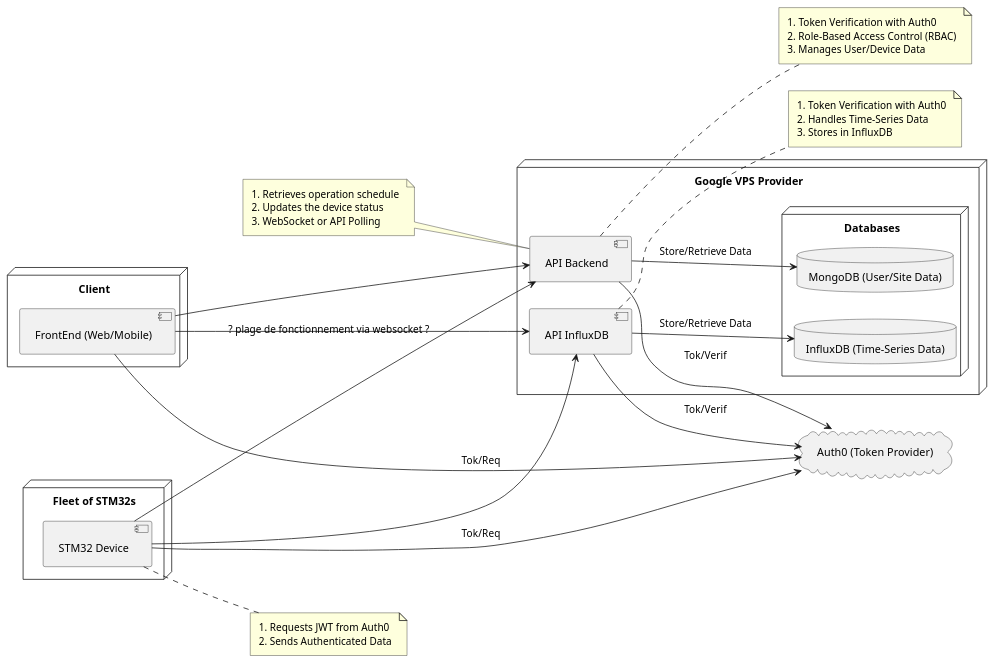
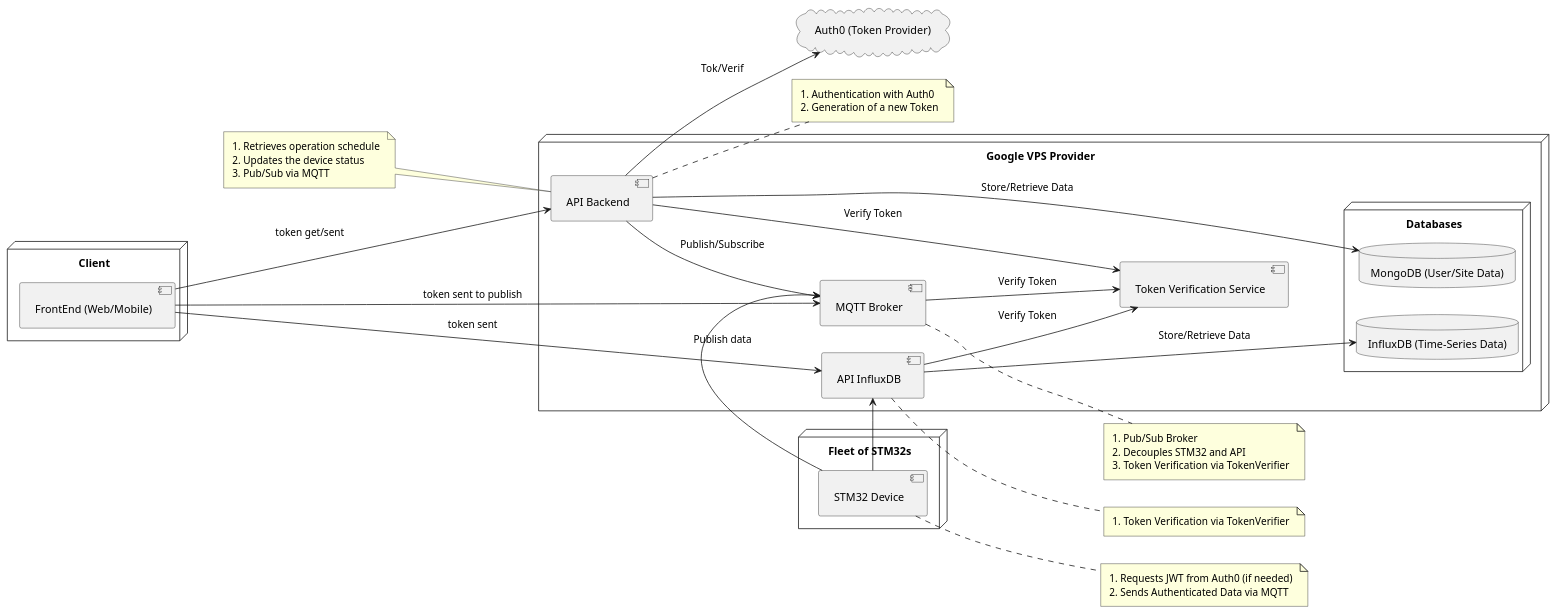
Before and after one commit to Flamware/CapIot.api: the diagram in architecture.puml, drawn with PlantUML. The commit also changed 1 other file, not shown here.

Commit message:
feat: Implement JWT validation and update architecture diagram
This commit introduces JWT validation functionality in the `auth` package and updates the architecture diagram to reflect the new token verification service and communication flows.

- Implemented `ValidateJWT` function in `auth/auth.go` to validate JWT tokens using a secret key from the environment variables.
- Updated `architecture.puml` to include a "Token Verification Service" component and adjust communication flows to reflect token verification at various points (API Backend, API InfluxDB, MQTT Broker).
- Modified communication flow between FE and Backends to show explicit token sending.
- Updated notes on components to reflect the token verification process and new Pub/Sub communication via MQTT.

```diff
--- a/architecture.puml
+++ b/architecture.puml
@@ -1,78 +1,88 @@
 @startuml
 ' Set left to right direction for overall layout
 left to right direction
 
 skinparam componentStyle uml2
 skinparam nodePadding 20
 skinparam componentPadding 5
 skinparam classAttributeIconSize 0
 skinparam nodeMargin 50
 skinparam padding 5
 skinparam lineThickness 1
 skinparam backgroundColor #EEEBD
 
 ' Nodes and components
 node "Client" {
   component "FrontEnd (Web/Mobile)" as FE
 }
 
-cloud "Auth0 (Token Provider)" as Auth0{
+cloud "Auth0 (Token Provider)" as Auth0 {
 
 }
 
 node "Google VPS Provider" {
+  component "API InfluxDB" as API_InfluxDB
   component "API Backend" as API_Backend
-  component "API InfluxDB" as API_InfluxDB
+  component "Token Verification Service" as TokenVerifier
 
   node "Databases" {
     database "MongoDB (User/Site Data)" as MongoDB
     database "InfluxDB (Time-Series Data)" as InfluxDB
   }
+
+  component "MQTT Broker" as MQTT_Broker
 }
 
 ' Fleet of STM32s node placed explicitly to the right of "API InfluxDB"
 node "Fleet of STM32s" {
   component "STM32 Device" as STM32
 }
 
 ' Relationships
-FE -> Auth0 : "Tok/Req"
-FE ---> API_Backend
-FE ---> API_InfluxDB
+FE ---> API_Backend : "token get/sent"
+FE ---> API_InfluxDB : "token sent"
 
-API_Backend -down-> Auth0 : "Tok/Verif"
+STM32 -> API_InfluxDB
+STM32 -> MQTT_Broker : "Publish data"
+
+API_Backend --> Auth0 : "Tok/Verif"
 API_Backend --> MongoDB : "Store/Retrieve Data"
 
-API_InfluxDB -> Auth0 : "Tok/Verif"
-API_InfluxDB --> InfluxDB : "Store/Retrieve Data"
+API_InfluxDB ---> InfluxDB : "Store/Retrieve Data"
 
-STM32 -> Auth0 : "Tok/Req"
-STM32 ---> API_InfluxDB
-STM32 ---> API_Backend : "? plage de fonctionnement via websocket ?"
+API_Backend --> MQTT_Broker : "Publish/Subscribe"
+
+API_Backend --> TokenVerifier : "Verify Token"
+API_InfluxDB --> TokenVerifier : "Verify Token"
+MQTT_Broker --> TokenVerifier : "Verify Token"
+FE --> MQTT_Broker : "token sent to publish"
 
 ' Add notes for better understanding
 note right of API_Backend
-  1. Token Verification with Auth0
-  2. Role-Based Access Control (RBAC)
-  3. Manages User/Device Data
+  1. Authentication with Auth0
+  2. Generation of a new Token
 end note
 
 note right of API_InfluxDB
-  1. Token Verification with Auth0
-  2. Handles Time-Series Data
-  3. Stores in InfluxDB
+  1. Token Verification via TokenVerifier
 end note
 
 note right of STM32
-  1. Requests JWT from Auth0
-  2. Sends Authenticated Data
+  1. Requests JWT from Auth0 (if needed)
+  2. Sends Authenticated Data via MQTT
 end note
 
 ' Note for the relationship between API Backend and STM32 Device
 note left of API_Backend
   1. Retrieves operation schedule
   2. Updates the device status
-  3. WebSocket or API Polling
+  3. Pub/Sub via MQTT
+end note
+
+note right of MQTT_Broker
+  1. Pub/Sub Broker
+  2. Decouples STM32 and API
+  3. Token Verification via TokenVerifier
 end note
 
 @enduml
```
